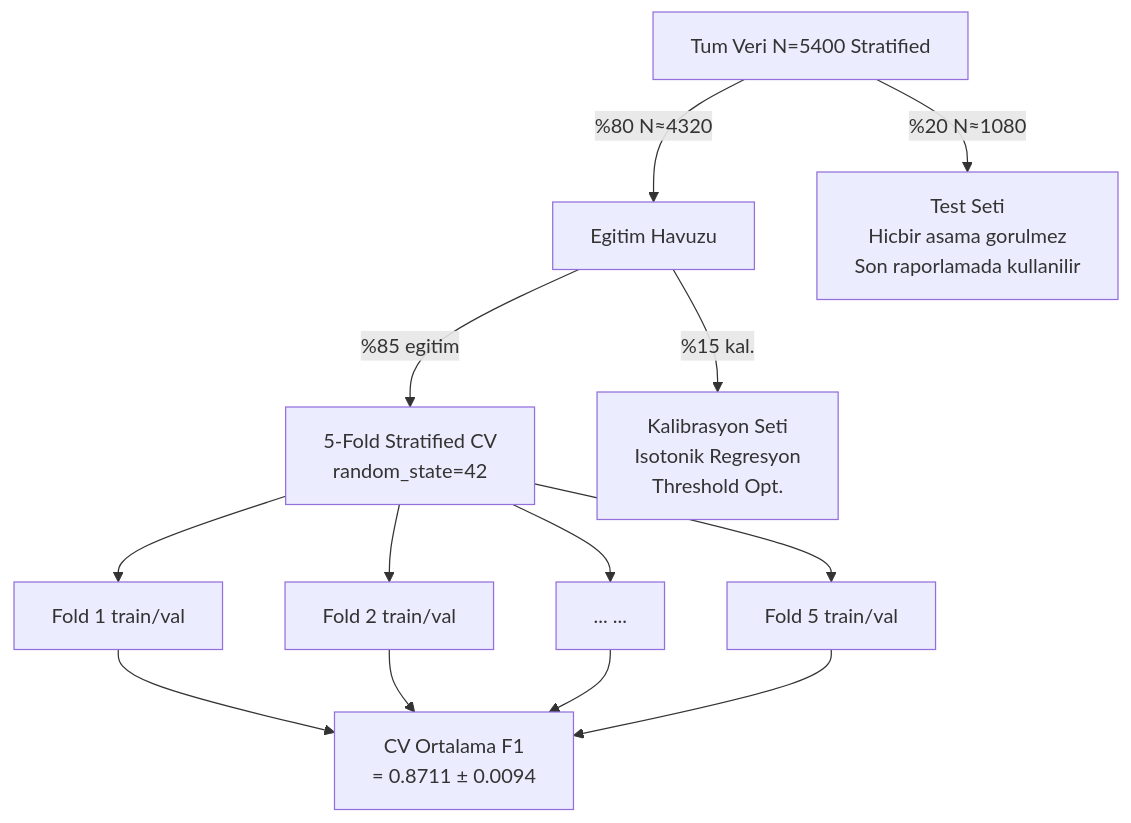
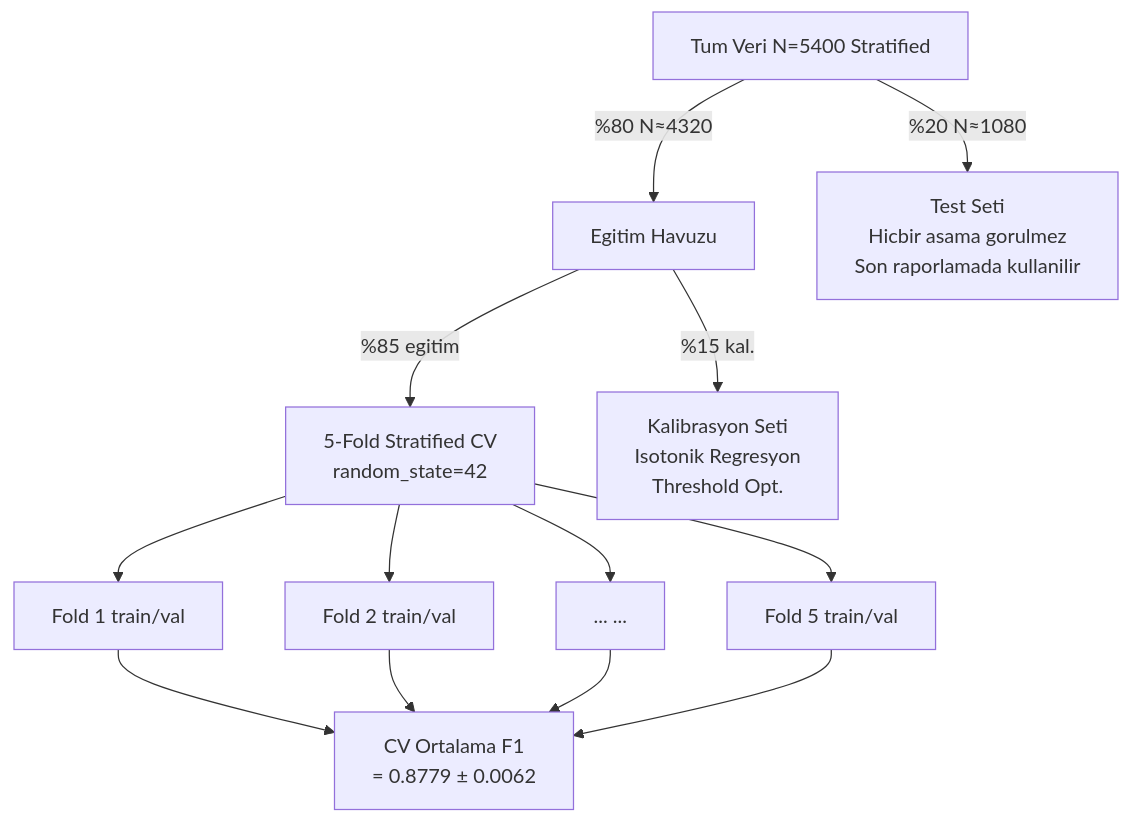
Before and after one commit to msgxr/VARIANT-GNN: diagram 11 of 16 in README.md, drawn with Mermaid. The commit also changed other lines of this file and 21 other files, not shown here.

````diff
--- a/README.md
+++ b/README.md
@@ -493,20 +493,20 @@
 ```mermaid
 flowchart TD
     ALL["Tum Veri  N=5400  Stratified"]
 
     ALL -- "%80  N≈4320" --> TRAIN["Egitim Havuzu"]
     ALL -- "%20  N≈1080" --> TEST["Test Seti\nHicbir asama gorulmez\nSon raporlamada kullanilir"]
 
     TRAIN -- "%85 egitim" --> CV["5-Fold Stratified CV\nrandom_state=42"]
     TRAIN -- "%15 kal." --> CAL["Kalibrasyon Seti\nIsotonik Regresyon\nThreshold Opt."]
 
     CV --> F1["Fold 1  train/val"]
     CV --> F2["Fold 2  train/val"]
     CV --> F3["...  ..."]
     CV --> F5["Fold 5  train/val"]
 
-    F1 --> AVG["CV Ortalama F1\n= 0.8711 ± 0.0094"]
+    F1 --> AVG["CV Ortalama F1\n= 0.8779 ± 0.0062"]
     F2 --> AVG
     F3 --> AVG
     F5 --> AVG
 ```
````
